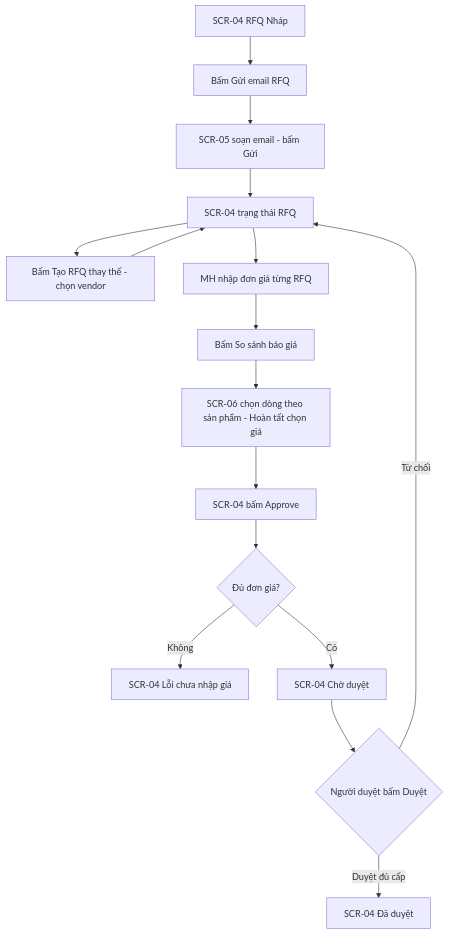
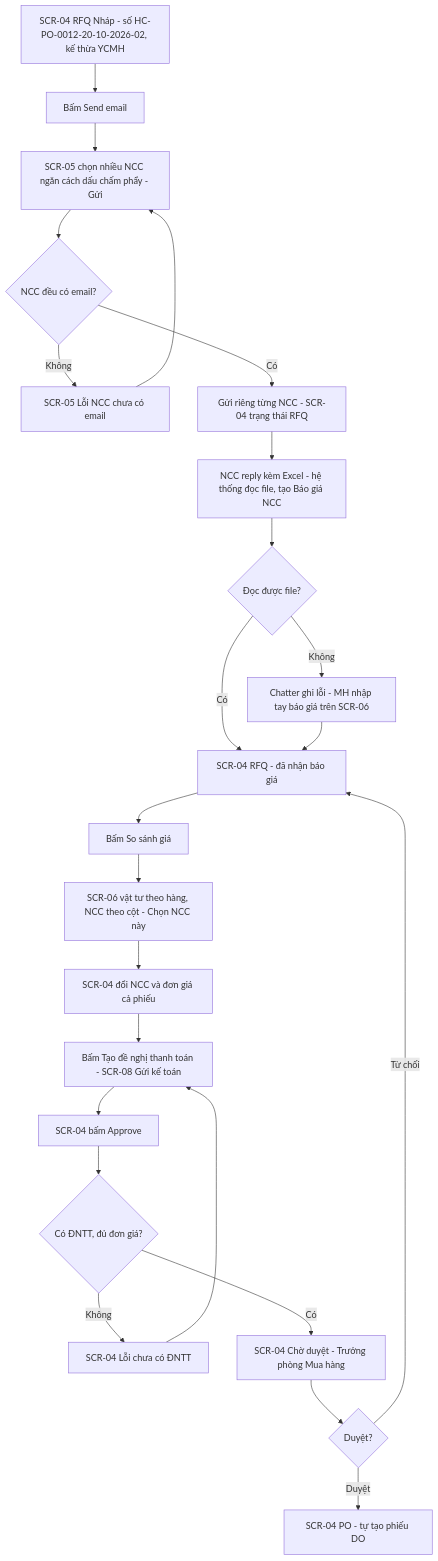
One commit to lethanhdat2002296-cpu/Skill_BA_Cloud_Automation changed the third of 5 diagrams in outputs/odoo-mua-hang/ui/flows.md. Above: the diagram before and after it, drawn with Mermaid. The commit also changed other lines of this file and 58 other files, not shown here.

````diff
--- a/outputs/odoo-mua-hang/ui/flows.md
+++ b/outputs/odoo-mua-hang/ui/flows.md
@@ -57,18 +59,26 @@
 ```mermaid
 flowchart TD
-  A[SCR-04 RFQ Nháp] --> B[Bấm Gửi email RFQ]
-  B --> C[SCR-05 soạn email - bấm Gửi]
-  C --> D[SCR-04 trạng thái RFQ]
-  D --> E[Bấm Tạo RFQ thay thế - chọn vendor]
-  E --> D
-  D --> F[MH nhập đơn giá từng RFQ]
-  F --> G[Bấm So sánh báo giá]
-  G --> H[SCR-06 chọn dòng theo sản phẩm - Hoàn tất chọn giá]
-  H --> I[SCR-04 bấm Approve]
-  I --> J{Đủ đơn giá?}
-  J -- Không --> J1[SCR-04 Lỗi chưa nhập giá]
-  J -- Có --> K[SCR-04 Chờ duyệt]
-  K --> L{Người duyệt bấm Duyệt}
-  L -- Từ chối --> D
-  L -- Duyệt đủ cấp --> M[SCR-04 Đã duyệt]
+  A[SCR-04 RFQ Nháp - số HC-PO-0012-20-10-2026-02, kế thừa YCMH] --> B[Bấm Send email]
+  B --> C[SCR-05 chọn nhiều NCC ngăn cách dấu chấm phẩy - Gửi]
+  C --> C0{NCC đều có email?}
+  C0 -- Không --> C1[SCR-05 Lỗi NCC chưa có email]
+  C1 --> C
+  C0 -- Có --> D[Gửi riêng từng NCC - SCR-04 trạng thái RFQ]
+  D --> E[NCC reply kèm Excel - hệ thống đọc file, tạo Báo giá NCC]
+  E --> E1{Đọc được file?}
+  E1 -- Không --> E2[Chatter ghi lỗi - MH nhập tay báo giá trên SCR-06]
+  E1 -- Có --> F[SCR-04 RFQ - đã nhận báo giá]
+  E2 --> F
+  F --> G[Bấm So sánh giá]
+  G --> H[SCR-06 vật tư theo hàng, NCC theo cột - Chọn NCC này]
+  H --> H1[SCR-04 đổi NCC và đơn giá cả phiếu]
+  H1 --> I[Bấm Tạo đề nghị thanh toán - SCR-08 Gửi kế toán]
+  I --> J[SCR-04 bấm Approve]
+  J --> K{Có ĐNTT, đủ đơn giá?}
+  K -- Không --> K1[SCR-04 Lỗi chưa có ĐNTT]
+  K1 --> I
+  K -- Có --> L[SCR-04 Chờ duyệt - Trưởng phòng Mua hàng]
+  L --> M{Duyệt?}
+  M -- Từ chối --> F
+  M -- Duyệt --> N[SCR-04 PO - tự tạo phiếu DO]
 ```
````
